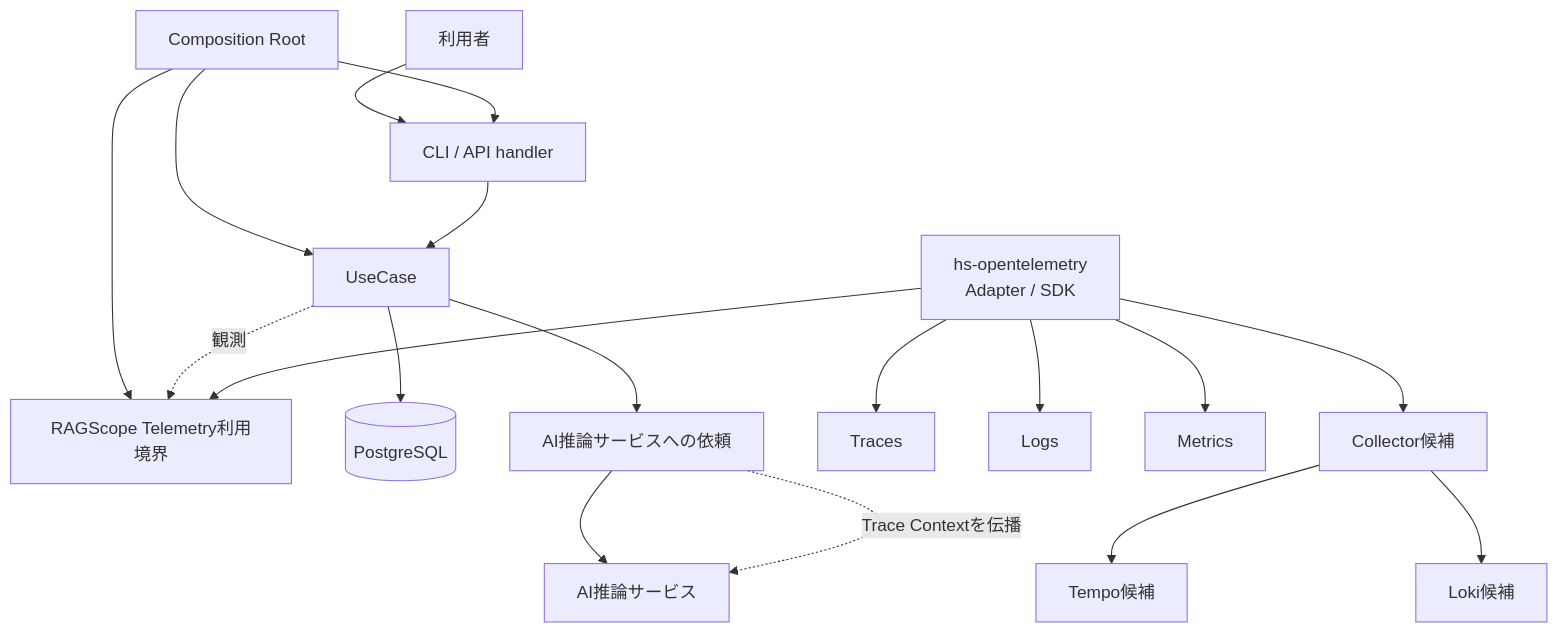
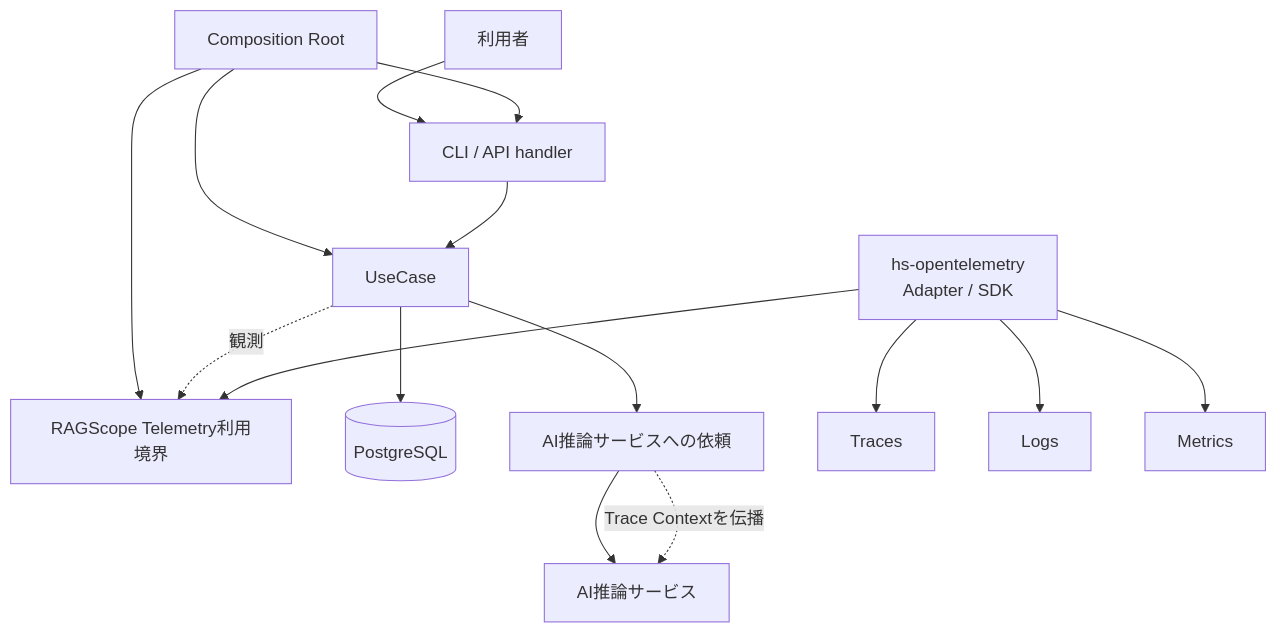
Before and after one commit to takashit16833/Workbench: the first of 3 diagrams in Notes/RAGScope/RAGScopeアプリケーション/RS-0023 Observability設計メモ.md, drawn with Mermaid. The commit also changed other lines of this file, not shown here.

````diff
--- a/Notes/RAGScope/RAGScopeアプリケーション/RS-0023 Observability設計メモ.md
+++ b/Notes/RAGScope/RAGScopeアプリケーション/RS-0023 Observability設計メモ.md
@@ -40,26 +38,22 @@
 ```mermaid
 flowchart TB
     USER["利用者"] --> H["CLI / API handler"]
 
     CR["Composition Root"] --> H
     CR --> UC["UseCase"]
     CR --> TEL["RAGScope Telemetry利用境界"]
 
     H --> UC
     UC --> DB[("PostgreSQL")]
     UC --> AIREQ["AI推論サービスへの依頼"]
     AIREQ --> AI["AI推論サービス"]
 
     AIREQ -. "Trace Contextを伝播" .-> AI
 
     UC -. "観測" .-> TEL
-    OTEL["hs-opentelemetry\nAdapter / SDK"] --> TEL
+    OTEL["hs-opentelemetry<br>Adapter / SDK"] --> TEL
 
     OTEL --> TR["Traces"]
     OTEL --> LG["Logs"]
     OTEL --> MT["Metrics"]
-
-    OTEL --> COL["Collector候補"]
-    COL --> TEMPO["Tempo候補"]
-    COL --> LOKI["Loki候補"]
 ```
````
